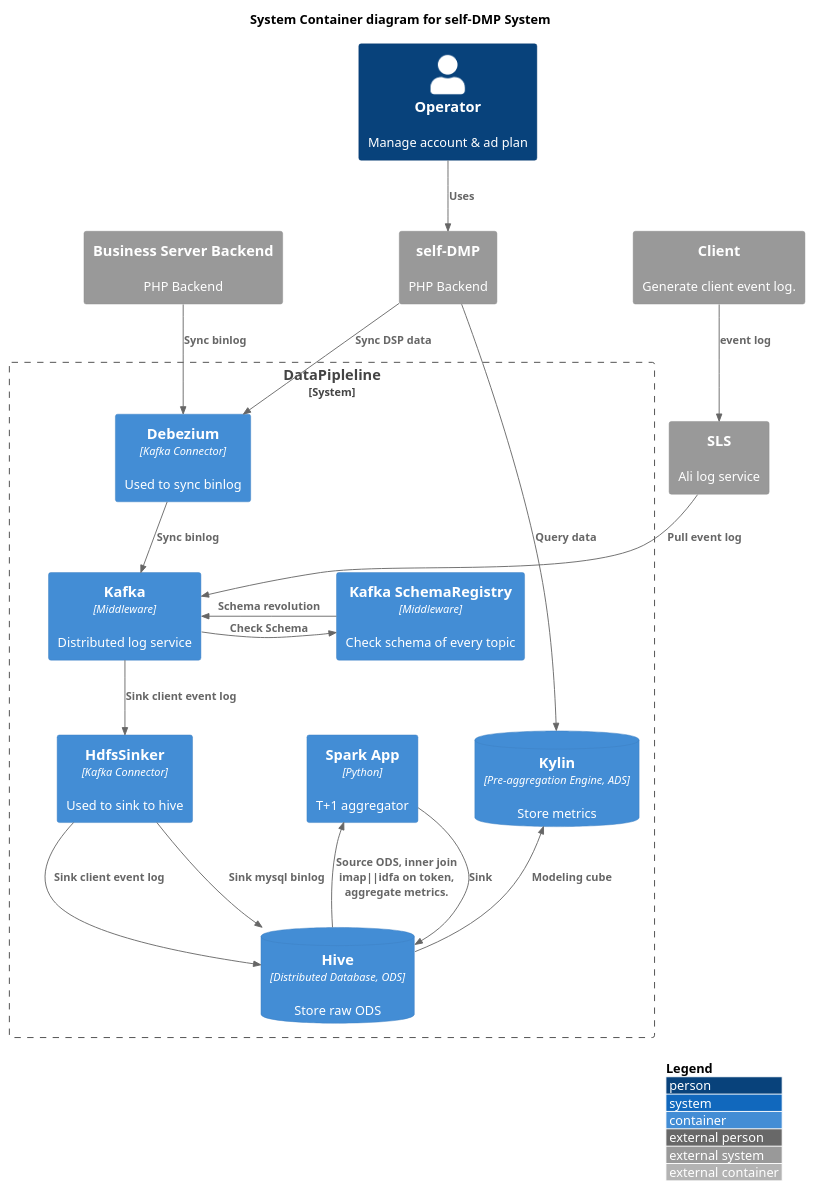
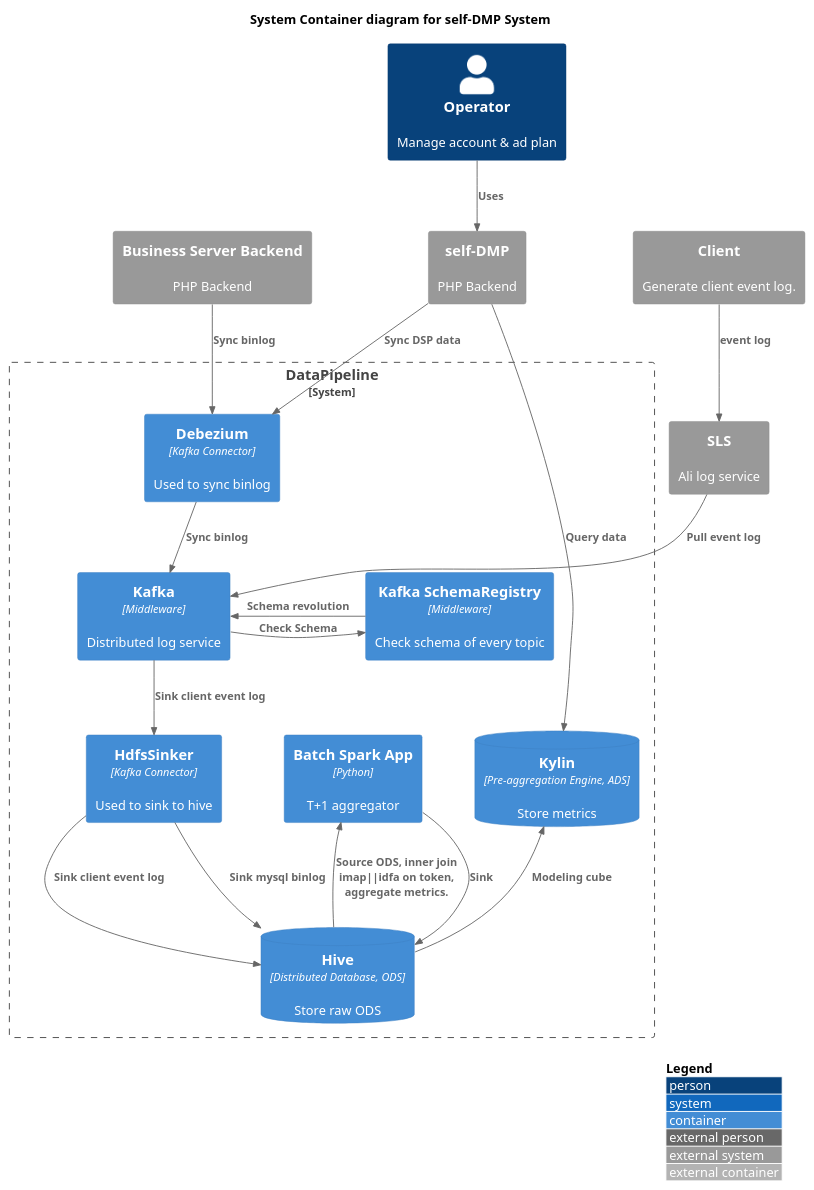
Before and after one commit to jinyuanlu/C4-PlantUML: the diagram in custom/self_ad_dmp_dp_component.org, drawn with PlantUML. The commit also changed other lines of this file, not shown here.

Commit message:
refactor: rename

```diff
--- a/custom/self_ad_dmp_dp_component.org
+++ b/custom/self_ad_dmp_dp_component.org
@@ -1,43 +1,43 @@
 #+BEGIN_SRC plantuml :file ../img/ad_dmp_dp_component.png
 @startuml
 !include ../style/C4_Container.puml
 ' LAYOUT_TOP_DOWN()
 ' LAYOUT_AS_SKETCH()
 LAYOUT_WITH_LEGEND()
 
 title System Container diagram for self-DMP System
 
 Person(Operator, "Operator", "Manage account & ad plan")
 System_Ext(DMP, "self-DMP", "PHP Backend")
 System_Ext(Business, "Business Server Backend", "PHP Backend")
 System_Ext(Client, "Client", "Generate client event log.")
 System_Ext(SLS, "SLS", "Ali log service")
 
-System_Boundary(c1, "DataPipleline") {
+System_Boundary(c1, "DataPipeline") {
     Container(Kafka, "Kafka", "Middleware", "Distributed log service")
     Container(Debezium, "Debezium", "Kafka Connector", "Used to sync binlog")
     Container(HdfsSinker, "HdfsSinker", "Kafka Connector", "Used to sink to hive")
     Container(KafkaSchemaRegistry, "Kafka SchemaRegistry", "Middleware", "Check schema of every topic")
-    Container(Spark, "Spark App", "Python", "T+1 aggregator")
+    Container(BatchSpark, "Batch Spark App", "Python", "T+1 aggregator")
     ContainerDb(Kylin, "Kylin", "Pre-aggregation Engine, ADS", "Store metrics")
     ContainerDb(Hive, "Hive", "Distributed Database, ODS", "Store raw ODS")
 }
 
 Rel(Operator, DMP, "Uses")
 Rel(Client, SLS, "event log")
 Rel(SLS, Kafka, "Pull event log")
 Rel(Business, Debezium, "Sync binlog")
 Rel(Debezium, Kafka, "Sync binlog")
 Rel_Neighbor(Kafka, KafkaSchemaRegistry, "Check Schema")
 Rel_Back_Neighbor(Kafka, KafkaSchemaRegistry , "Schema revolution")
 Rel(DMP, Debezium, "Sync DSP data")
 Rel(Kafka, HdfsSinker, "Sink client event log")
 Rel(HdfsSinker, Hive, "Sink client event log")
 Rel(HdfsSinker, Hive, "Sink mysql binlog")
-Rel_Back(Spark, Hive, "Source ODS, inner join imap||idfa on token, aggregate metrics.")
-Rel(Spark, Hive, "Sink")
+Rel_Back(BatchSpark, Hive, "Source ODS, inner join imap||idfa on token, aggregate metrics.")
+Rel(BatchSpark, Hive, "Sink")
 
 Rel_Back(Kylin, Hive, "Modeling cube")
 Rel(DMP, Kylin, "Query data")
 
 #+END_SRC
```
